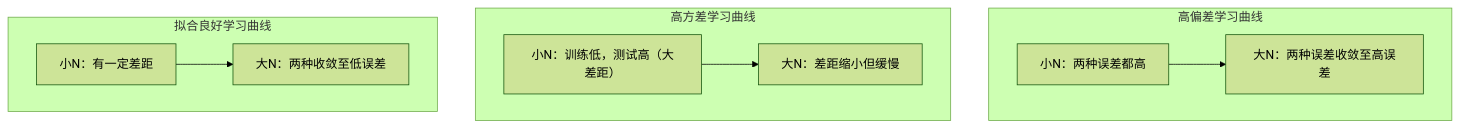
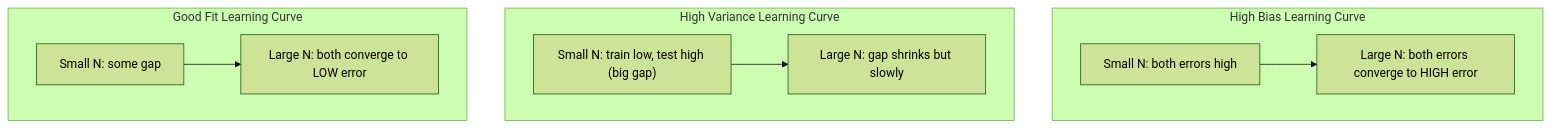
The fourth of 5 diagrams in i18n/zh/phases/02-ml-fundamentals/10-bias-variance/docs/zh.md (xiaojiaenen/ai-engineering-from-scratch-zh), drawn with Mermaid (forest theme) before and after one commit. The commit also changed other lines of this file and 18 other files, not shown here.

````diff
--- a/i18n/zh/phases/02-ml-fundamentals/10-bias-variance/docs/zh.md
+++ b/i18n/zh/phases/02-ml-fundamentals/10-bias-variance/docs/zh.md
@@ -200,23 +200,23 @@
 ```mermaid
 flowchart TD
-    subgraph HB["高偏差学习曲线"]
+    subgraph HB["High Bias Learning Curve"]
         direction LR
-        HB1["小N：两种误差都高"]
-        HB2["大N：两种误差收敛至高误差"]
+        HB1["Small N: both errors high"]
+        HB2["Large N: both errors converge to HIGH error"]
         HB1 --> HB2
     end
 
-    subgraph HV["高方差学习曲线"]
+    subgraph HV["High Variance Learning Curve"]
         direction LR
-        HV1["小N：训练低，测试高（大差距）"]
-        HV2["大N：差距缩小但缓慢"]
+        HV1["Small N: train low, test high (big gap)"]
+        HV2["Large N: gap shrinks but slowly"]
         HV1 --> HV2
     end
 
-    subgraph GF["拟合良好学习曲线"]
+    subgraph GF["Good Fit Learning Curve"]
         direction LR
-        GF1["小N：有一定差距"]
-        GF2["大N：两种收敛至低误差"]
+        GF1["Small N: some gap"]
+        GF2["Large N: both converge to LOW error"]
         GF1 --> GF2
     end
 ```
````
